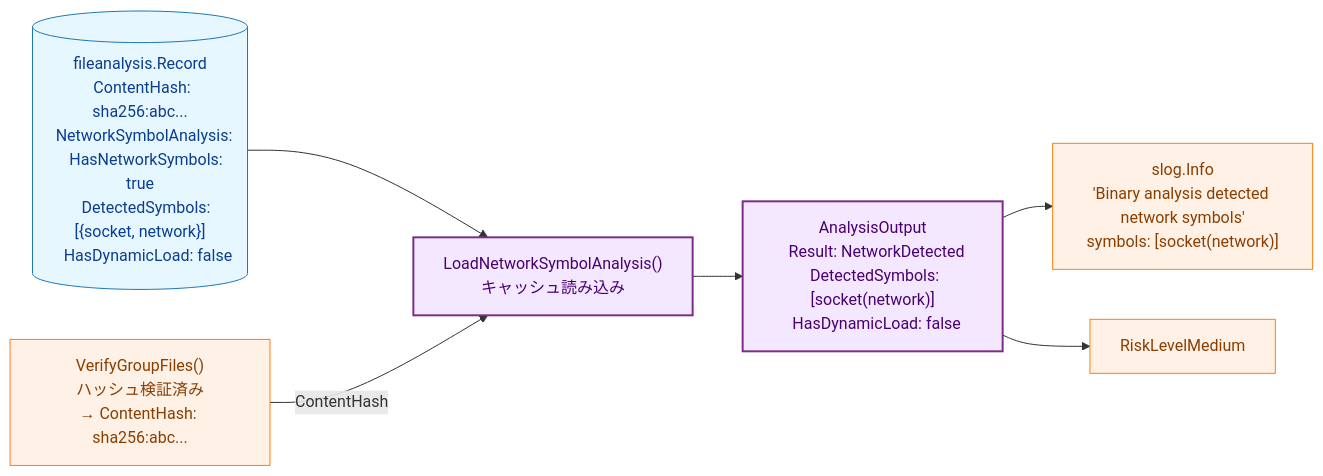
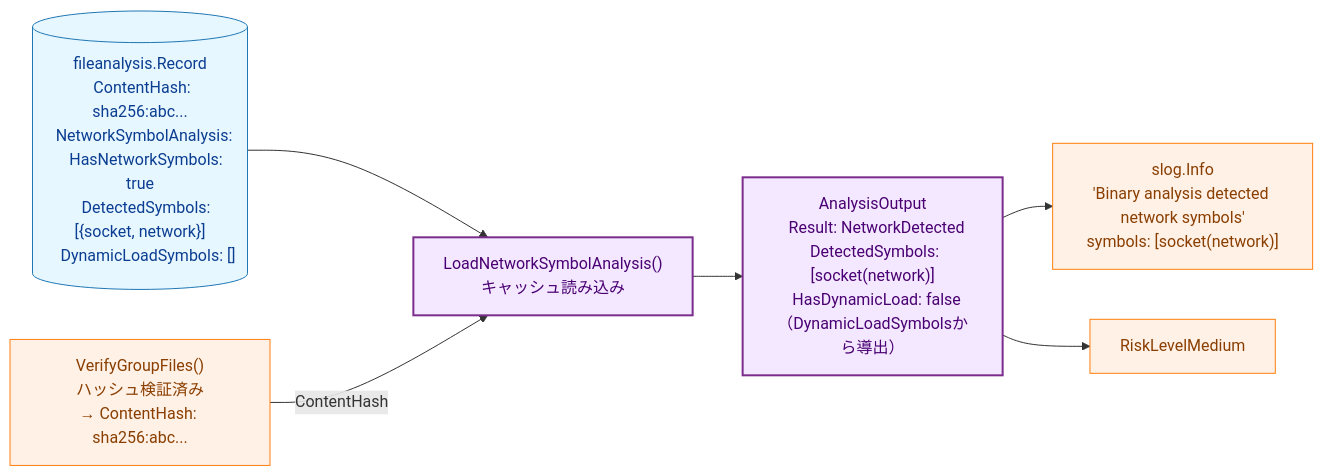
One commit to isseis/go-safe-cmd-runner changed the sixth of 6 diagrams in docs/tasks/0076_network_symbol_caching/02_architecture.md. Above: the diagram before and after it, drawn with Mermaid. The commit also changed other lines of this file and 1 other file, not shown here.

First line of the commit message:
docs(0076): add DynamicLoadSymbols field and fix Mermaid line breaks

````diff
--- a/docs/tasks/0076_network_symbol_caching/02_architecture.md
+++ b/docs/tasks/0076_network_symbol_caching/02_architecture.md
@@ -284,23 +286,23 @@
 ```mermaid
 flowchart LR
     classDef data fill:#e6f7ff,stroke:#1f77b4,stroke-width:1px,color:#0b3d91;
     classDef process fill:#fff1e6,stroke:#ff7f0e,stroke-width:1px,color:#8a3e00;
     classDef new fill:#f3e8ff,stroke:#7b2d8b,stroke-width:2px,color:#4a0072;
 
-    REC[("fileanalysis.Record\n  ContentHash: sha256:abc...\n  NetworkSymbolAnalysis:\n    HasNetworkSymbols: true\n    DetectedSymbols: [{socket, network}]\n    HasDynamicLoad: false")]
-    VERIFY["VerifyGroupFiles()\nハッシュ検証済み\n→ ContentHash: sha256:abc..."]
-    LOAD["LoadNetworkSymbolAnalysis()\nキャッシュ読み込み"]
-    OUT["AnalysisOutput\n  Result: NetworkDetected\n  DetectedSymbols: [socket(network)]\n  HasDynamicLoad: false"]
-    LOG["slog.Info\n'Binary analysis detected network symbols'\nsymbols: [socket(network)]"]
+    REC[("fileanalysis.Record<br>  ContentHash: sha256:abc...<br>  NetworkSymbolAnalysis:<br>    HasNetworkSymbols: true<br>    DetectedSymbols: [{socket, network}]<br>    DynamicLoadSymbols: []")]
+    VERIFY["VerifyGroupFiles()<br>ハッシュ検証済み<br>→ ContentHash: sha256:abc..."]
+    LOAD["LoadNetworkSymbolAnalysis()<br>キャッシュ読み込み"]
+    OUT["AnalysisOutput<br>  Result: NetworkDetected<br>  DetectedSymbols: [socket(network)]<br>  HasDynamicLoad: false（DynamicLoadSymbolsから導出）"]
+    LOG["slog.Info<br>'Binary analysis detected network symbols'<br>symbols: [socket(network)]"]
     RISK["RiskLevelMedium"]
 
     REC --> LOAD
     VERIFY -->|"ContentHash"| LOAD
     LOAD --> OUT
     OUT --> LOG
     OUT --> RISK
 
     class REC data;
     class VERIFY,LOG,RISK process;
     class LOAD,OUT new;
 ```
````
